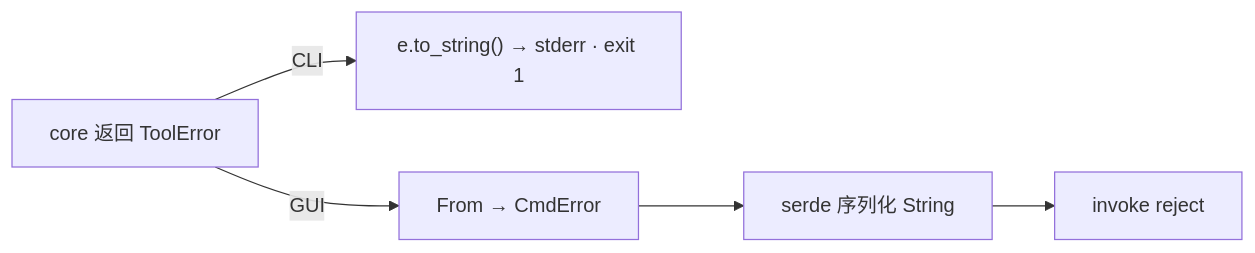
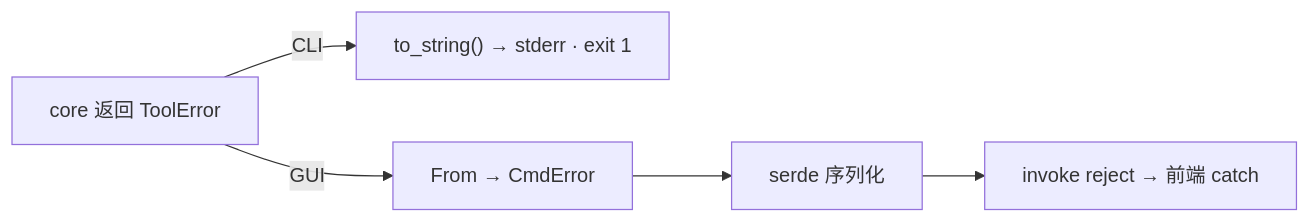
Before and after one commit to int2t05/NexToolkit: the eighth of 8 diagrams in docs/flow.md, drawn with Mermaid. The commit also changed other lines of this file and 5 other files, not shown here.

First line of the commit message:
docs: 全量重构——prd/tech/api/flow/todo + README,mermaid 为主,简洁成熟

````diff
--- a/docs/flow.md
+++ b/docs/flow.md
@@ -77,7 +111,7 @@
 ```mermaid
 flowchart LR
-  CORE["core 返回 ToolError"] -->|"CLI"| CLIERR["e.to_string() → stderr · exit 1"]
+  CORE["core 返回 ToolError"] -->|"CLI"| CLIERR["to_string() → stderr · exit 1"]
   CORE -->|"GUI"| FROM["From<ToolError> → CmdError"]
-  FROM --> SER["serde 序列化 String"]
-  SER --> REJ["invoke reject"]
+  FROM --> SER["serde 序列化"]
+  SER --> REJ["invoke reject → 前端 catch"]
 ```
````
